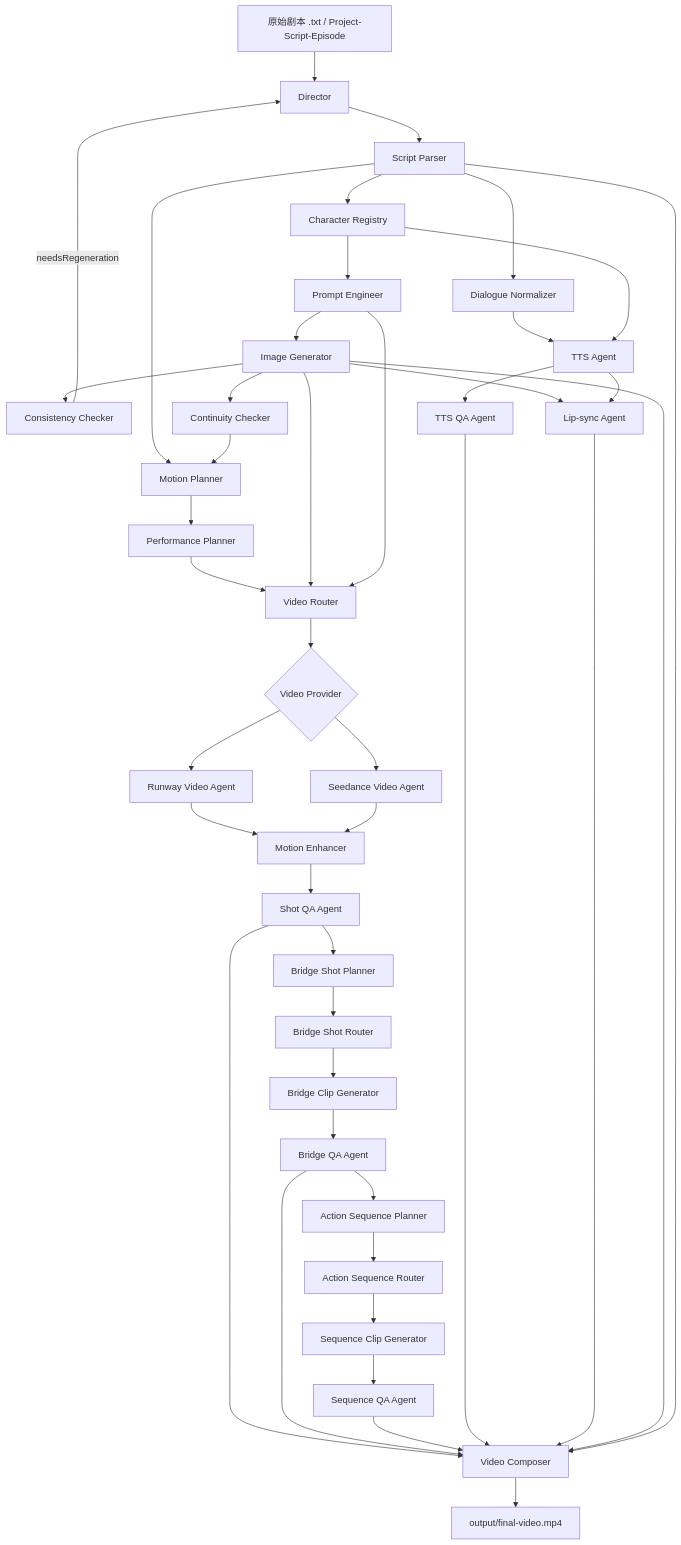
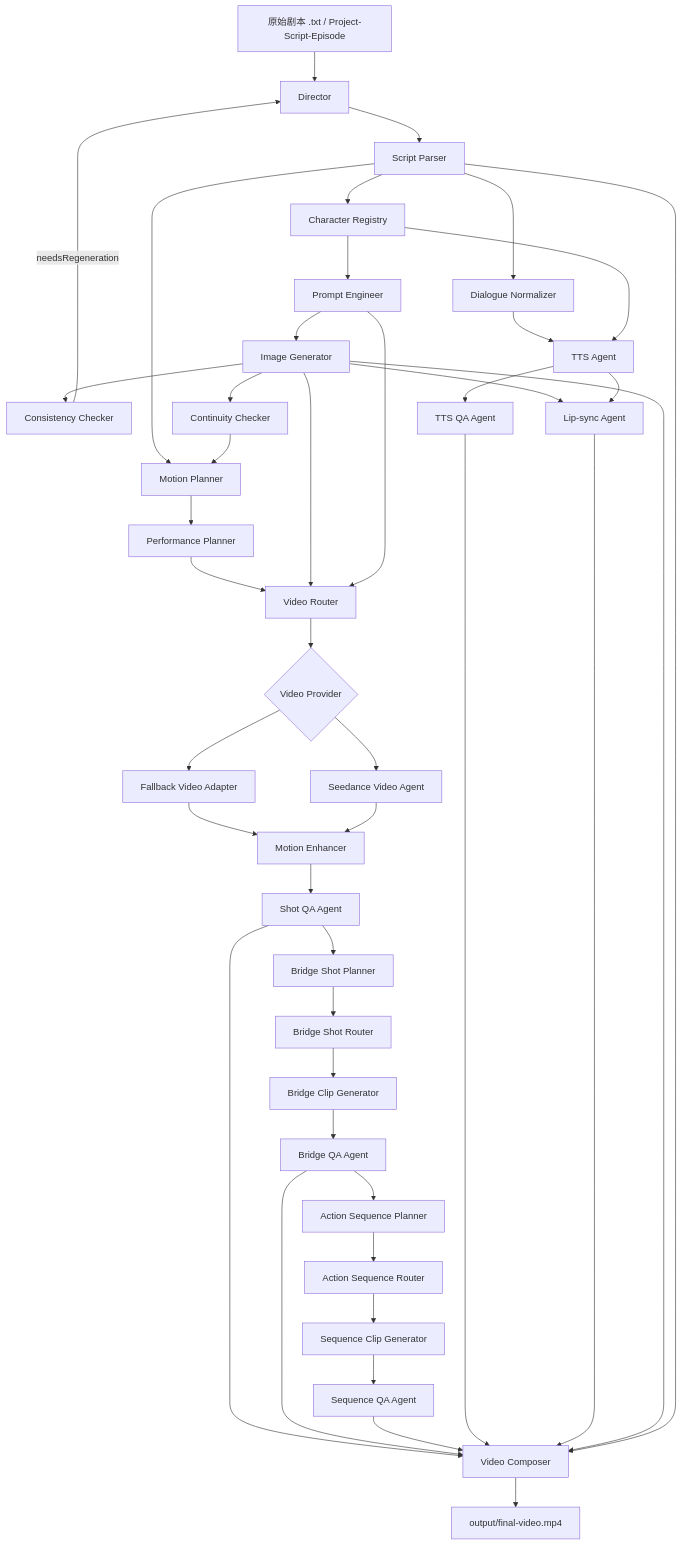
One commit to OliverPanda/AI-video-factory-pro changed the first of 3 diagrams in docs/agents/agent-io-map.md. Above: the diagram before and after it, drawn with Mermaid. The commit also changed other lines of this file and 63 other files, not shown here.

First line of the commit message:
完成 fallback video 通用化接入与 sequence QA/续跑收口

````diff
--- a/docs/agents/agent-io-map.md
+++ b/docs/agents/agent-io-map.md
@@ -10,45 +10,45 @@
 ```mermaid
 flowchart TD
     A[原始剧本 .txt / Project-Script-Episode] --> B[Director]
     B --> C[Script Parser]
     C --> D[Character Registry]
     D --> E[Prompt Engineer]
     E --> F[Image Generator]
     F --> G[Consistency Checker]
     G -->|needsRegeneration| B
     F --> H[Continuity Checker]
     C --> I[Motion Planner]
     H --> I
     I --> J[Performance Planner]
     J --> K[Video Router]
     F --> K
     E --> K
     K --> L{Video Provider}
-    L --> L1[Runway Video Agent]
+    L --> L1[Fallback Video Adapter]
     L --> L2[Seedance Video Agent]
     L1 --> M[Motion Enhancer]
     L2 --> M
     M --> N[Shot QA Agent]
     N --> BS[Bridge Shot Planner]
     BS --> BR[Bridge Shot Router]
     BR --> BG[Bridge Clip Generator]
     BG --> BQ[Bridge QA Agent]
     BQ --> ASP[Action Sequence Planner]
     ASP --> ASR[Action Sequence Router]
     ASR --> ASG[Sequence Clip Generator]
     ASG --> ASQ[Sequence QA Agent]
     C --> DN[Dialogue Normalizer]
     DN --> O[TTS Agent]
     D --> O
     O --> P[TTS QA Agent]
     F --> Q[Lip-sync Agent]
     O --> Q
     N --> R[Video Composer]
     BQ --> R
     ASQ --> R
     P --> R
     Q --> R
     F --> R
     C --> R
     R --> S[output/final-video.mp4]
 ```
````
